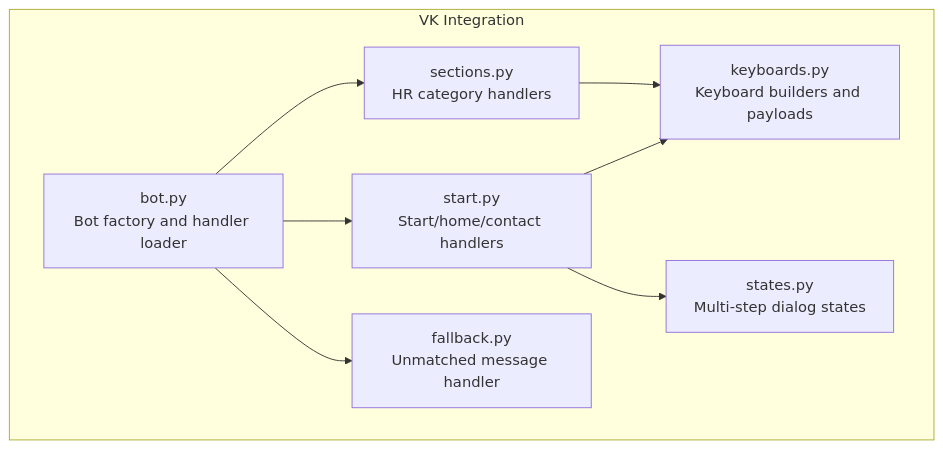
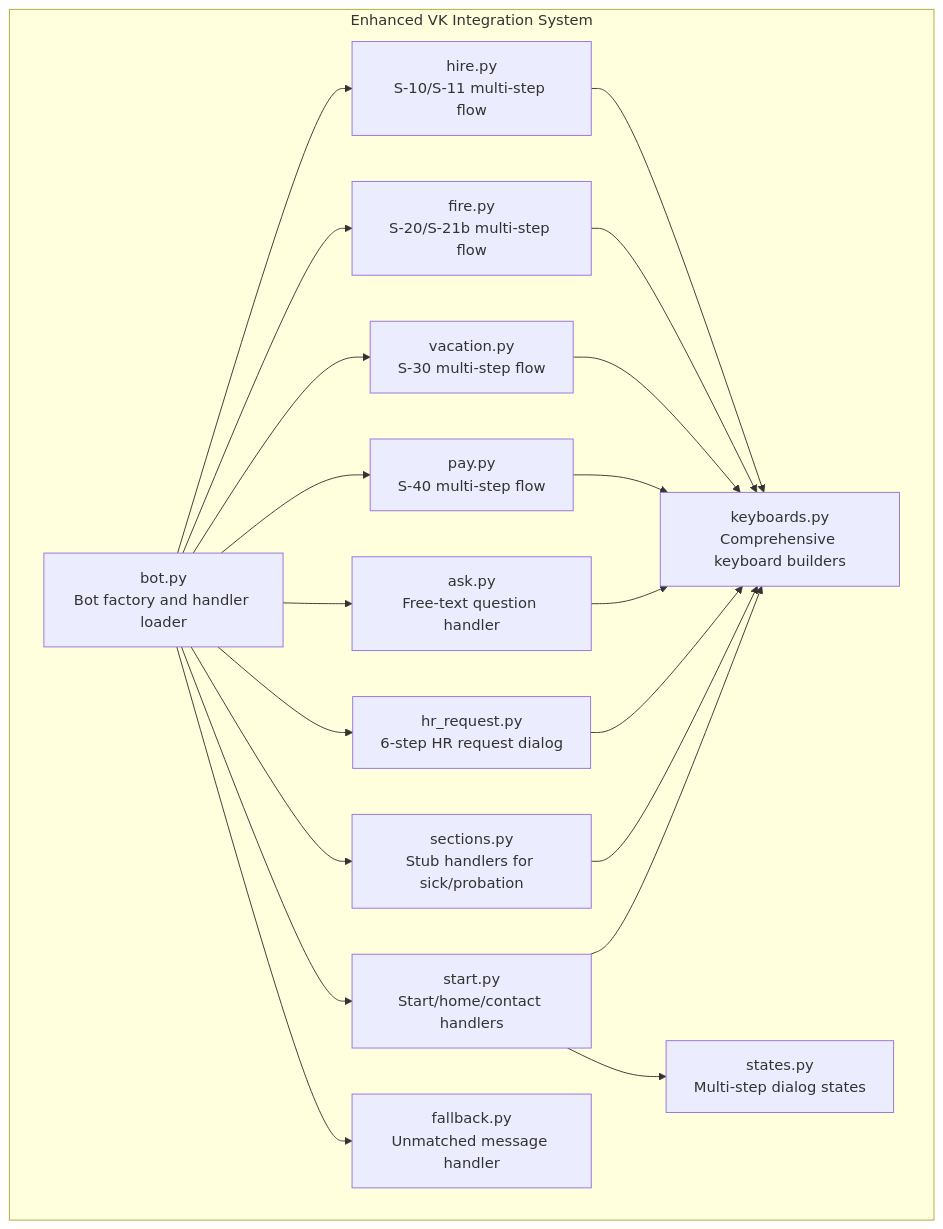
The first of 7 diagrams in .qoder/repowiki/en/content/Handler System/Sections Handler.md (ognelis/cafetera_hr_bot), drawn with Mermaid before and after one commit. The commit also changed other lines of this file and 15 other files, not shown here.

````diff
--- a/.qoder/repowiki/en/content/Handler System/Sections Handler.md
+++ b/.qoder/repowiki/en/content/Handler System/Sections Handler.md
@@ -32,17 +46,35 @@
 ```mermaid
 graph TB
-subgraph "VK Integration"
+subgraph "Enhanced VK Integration System"
 BOT["bot.py<br/>Bot factory and handler loader"]
 START["start.py<br/>Start/home/contact handlers"]
-SECTIONS["sections.py<br/>HR category handlers"]
+HR_REQUEST["hr_request.py<br/>6-step HR request dialog"]
+ASK["ask.py<br/>Free-text question handler"]
+HIRE["hire.py<br/>S-10/S-11 multi-step flow"]
+FIRE["fire.py<br/>S-20/S-21b multi-step flow"]
+VACATION["vacation.py<br/>S-30 multi-step flow"]
+PAY["pay.py<br/>S-40 multi-step flow"]
+SECTIONS["sections.py<br/>Stub handlers for sick/probation"]
 FALLBACK["fallback.py<br/>Unmatched message handler"]
-KEYBOARDS["keyboards.py<br/>Keyboard builders and payloads"]
+KEYBOARDS["keyboards.py<br/>Comprehensive keyboard builders"]
 STATES["states.py<br/>Multi-step dialog states"]
 end
 BOT --> START
+BOT --> HR_REQUEST
+BOT --> ASK
+BOT --> HIRE
+BOT --> FIRE
+BOT --> VACATION
+BOT --> PAY
 BOT --> SECTIONS
 BOT --> FALLBACK
+HIRE --> KEYBOARDS
+FIRE --> KEYBOARDS
+VACATION --> KEYBOARDS
+PAY --> KEYBOARDS
+ASK --> KEYBOARDS
+HR_REQUEST --> KEYBOARDS
 SECTIONS --> KEYBOARDS
 START --> KEYBOARDS
 START --> STATES
 ```
````
